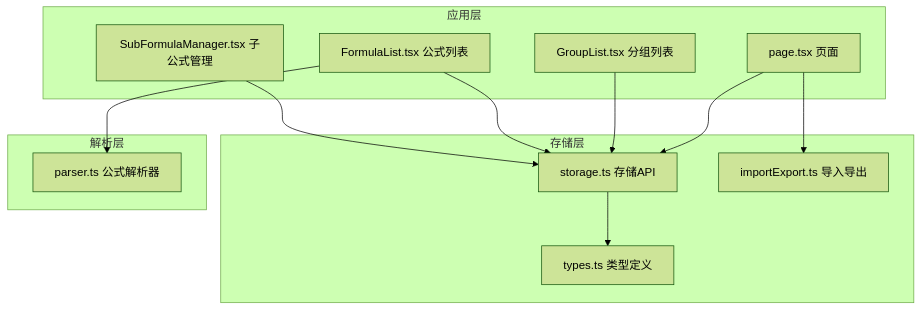
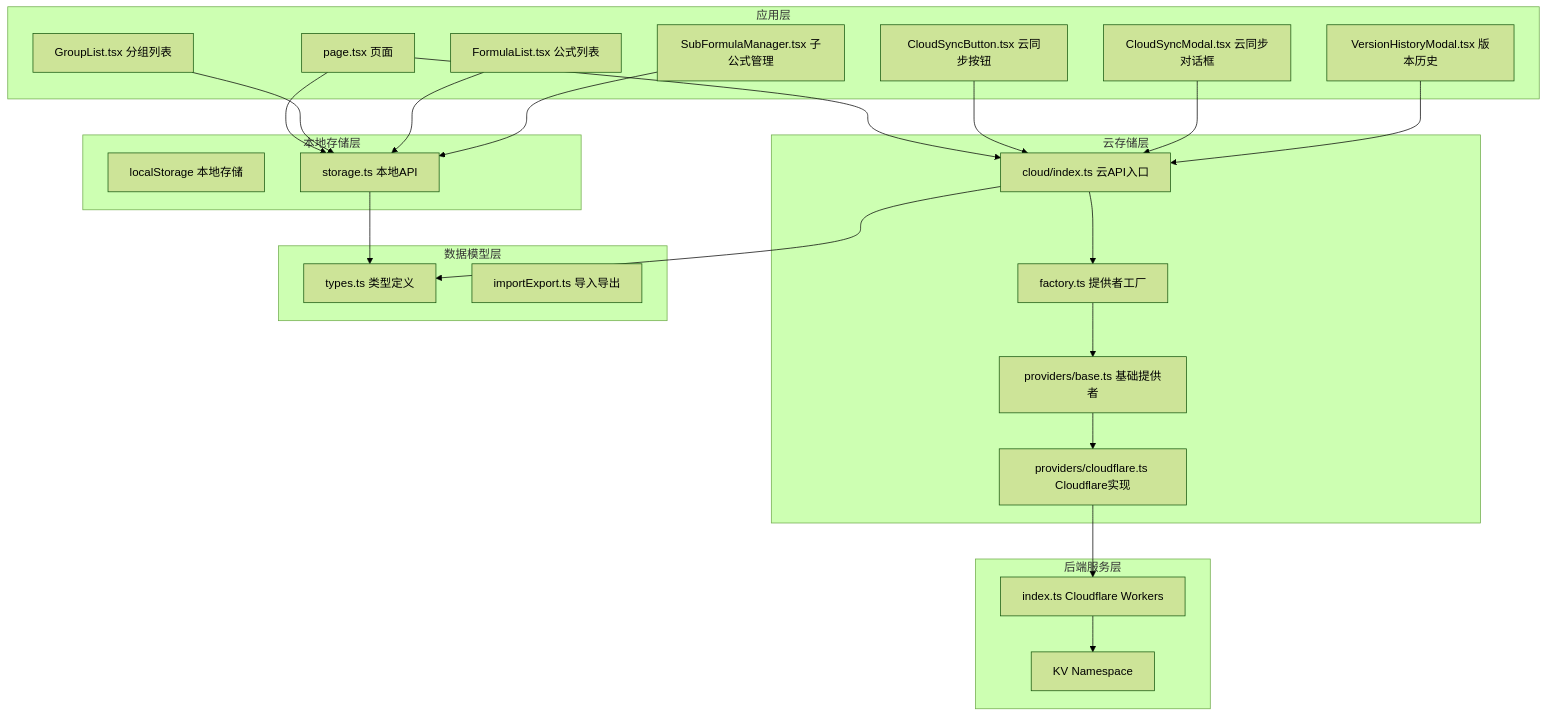
One commit to steveyu2/formula-mapper changed the first of 6 diagrams in .qoder/repowiki/zh/content/API参考/数据存储API.md. Above: the diagram before and after it, drawn with Mermaid (forest theme). The commit also changed other lines of this file and 14 other files, not shown here.

````diff
--- a/.qoder/repowiki/zh/content/API参考/数据存储API.md
+++ b/.qoder/repowiki/zh/content/API参考/数据存储API.md
@@ -39,24 +70,45 @@
 ```mermaid
 graph TB
 subgraph "应用层"
 Page[page.tsx 页面]
 GroupList[GroupList.tsx 分组列表]
 FormulaList[FormulaList.tsx 公式列表]
 SubFormulaManager[SubFormulaManager.tsx 子公式管理]
+CloudSyncButton[CloudSyncButton.tsx 云同步按钮]
+CloudSyncModal[CloudSyncModal.tsx 云同步对话框]
+VersionHistoryModal[VersionHistoryModal.tsx 版本历史]
 end
-subgraph "存储层"
-Storage[storage.ts 存储API]
+subgraph "本地存储层"
+LocalStorage[localStorage 本地存储]
+LocalAPI[storage.ts 本地API]
+end
+subgraph "云存储层"
+CloudAPI[cloud/index.ts 云API入口]
+ProviderFactory[factory.ts 提供者工厂]
+BaseProvider[providers/base.ts 基础提供者]
+CloudflareProvider[providers/cloudflare.ts Cloudflare实现]
+end
+subgraph "后端服务层"
+CloudflareWorkers[index.ts Cloudflare Workers]
+KVNamespace[KV Namespace]
+end
+subgraph "数据模型层"
 Types[types.ts 类型定义]
 ImportExport[importExport.ts 导入导出]
 end
-subgraph "解析层"
-Parser[parser.ts 公式解析器]
-end
-Page --> Storage
-Page --> ImportExport
-GroupList --> Storage
-FormulaList --> Storage
-SubFormulaManager --> Storage
-Storage --> Types
-FormulaList --> Parser
+Page --> LocalAPI
+Page --> CloudAPI
+GroupList --> LocalAPI
+FormulaList --> LocalAPI
+SubFormulaManager --> LocalAPI
+CloudSyncButton --> CloudAPI
+CloudSyncModal --> CloudAPI
+VersionHistoryModal --> CloudAPI
+CloudAPI --> ProviderFactory
+ProviderFactory --> BaseProvider
+BaseProvider --> CloudflareProvider
+CloudflareProvider --> CloudflareWorkers
+CloudflareWorkers --> KVNamespace
+LocalAPI --> Types
+CloudAPI --> Types
 ```
````
